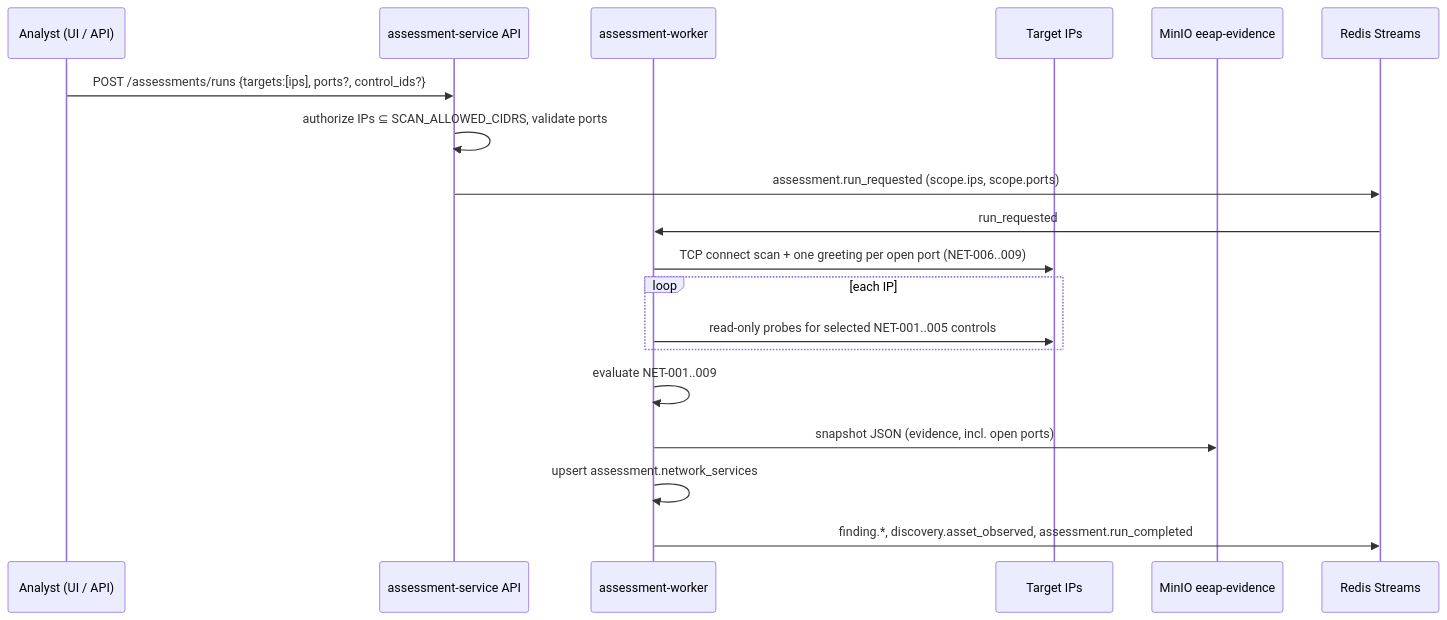
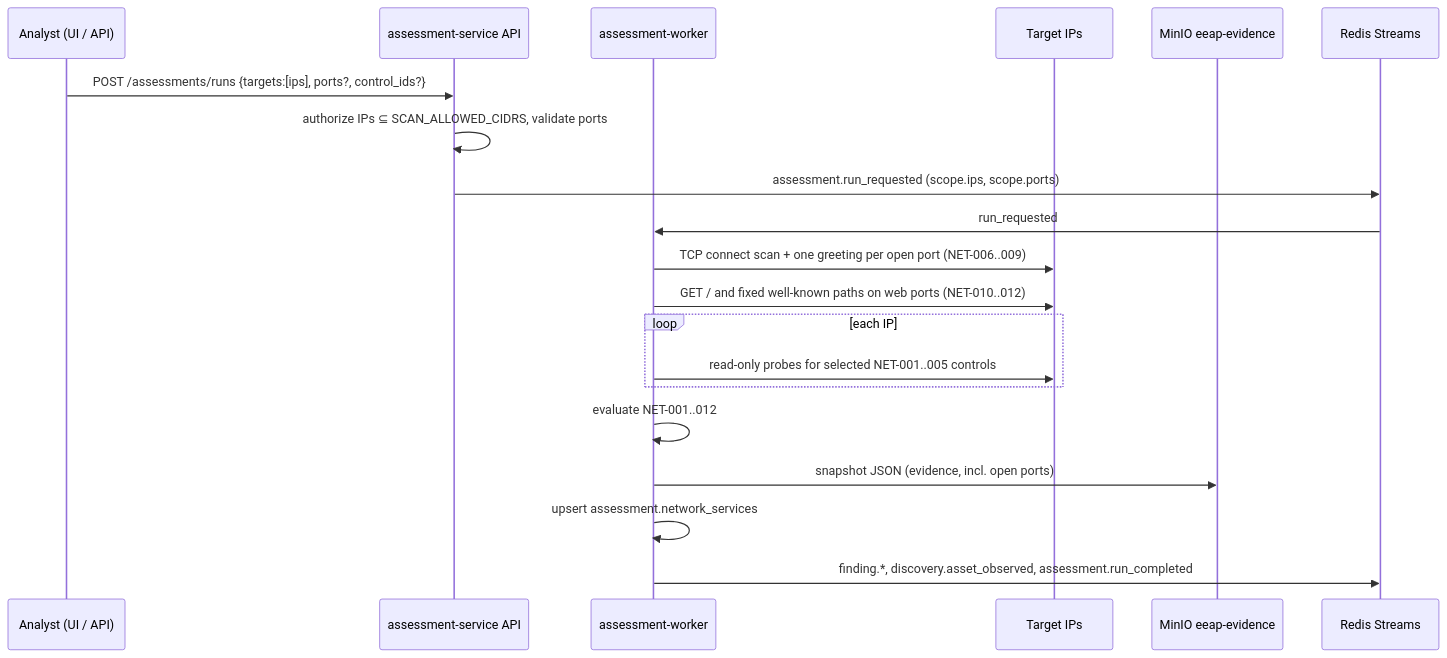
The diagram in eeap/docs/architecture/12-net-assessment.md (berkepolat/InfraCopilot), drawn with Mermaid before and after one commit. The commit also changed other lines of this file and 11 other files, not shown here.

First line of the commit message:
Add read-only web service checks NET-010..NET-012

````diff
--- a/eeap/docs/architecture/12-net-assessment.md
+++ b/eeap/docs/architecture/12-net-assessment.md
@@ -11,21 +11,22 @@
 ```mermaid
 sequenceDiagram
     participant U as Analyst (UI / API)
     participant A as assessment-service API
     participant W as assessment-worker
     participant T as Target IPs
     participant S as MinIO eeap-evidence
     participant X as Redis Streams
     U->>A: POST /assessments/runs {targets:[ips], ports?, control_ids?}
     A->>A: authorize IPs ⊆ SCAN_ALLOWED_CIDRS, validate ports
     A->>X: assessment.run_requested (scope.ips, scope.ports)
     X->>W: run_requested
     W->>T: TCP connect scan + one greeting per open port (NET-006..009)
+    W->>T: GET / and fixed well-known paths on web ports (NET-010..012)
     loop each IP
         W->>T: read-only probes for selected NET-001..005 controls
     end
-    W->>W: evaluate NET-001..009
+    W->>W: evaluate NET-001..012
     W->>S: snapshot JSON (evidence, incl. open ports)
     W->>W: upsert assessment.network_services
     W->>X: finding.*, discovery.asset_observed, assessment.run_completed
 ```
````
